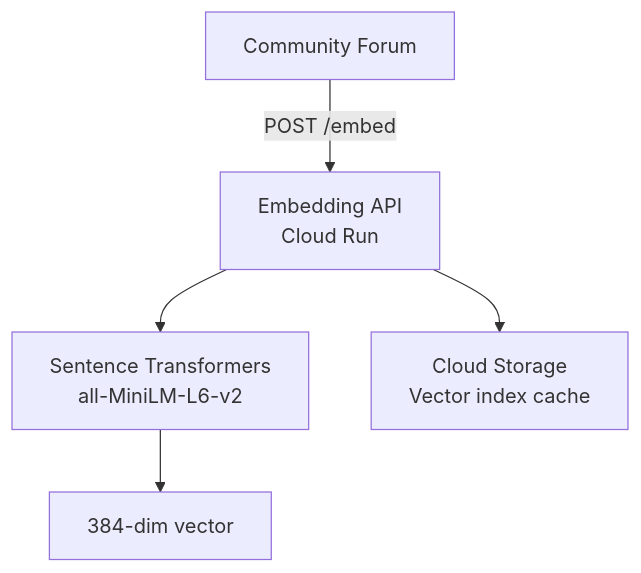
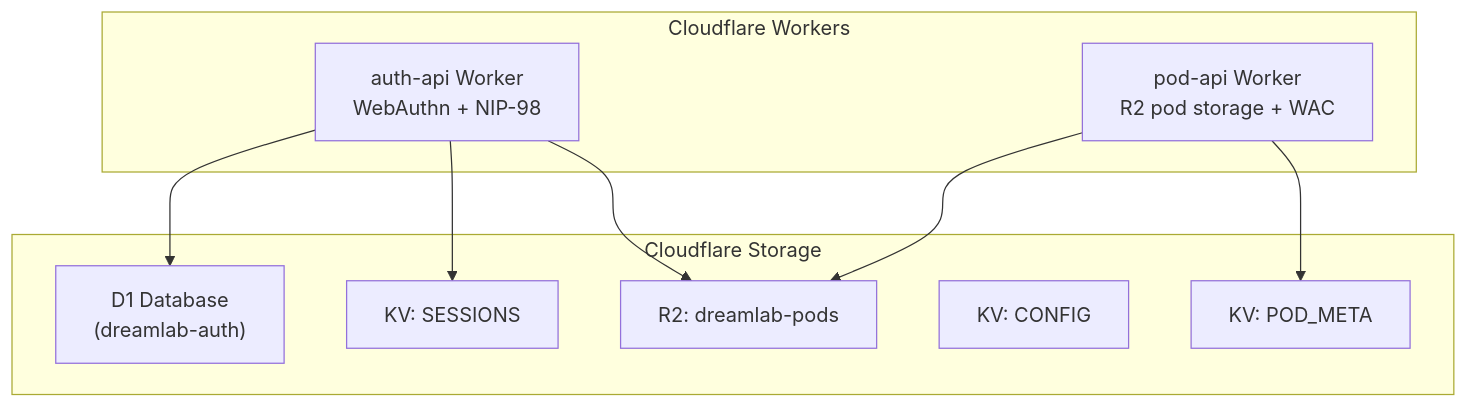
Before and after one commit to DreamLab-AI/dreamlab-ai-website: the second of 3 diagrams in docs/architecture/BACKEND_SERVICES.md, drawn with Mermaid. The commit also changed other lines of this file and 49 other files, not shown here.

````diff
--- a/docs/architecture/BACKEND_SERVICES.md
+++ b/docs/architecture/BACKEND_SERVICES.md
@@ -538,7 +63,21 @@
 ```mermaid
 graph TB
-    Client["Community Forum"] -->|POST /embed| API["Embedding API<br/>Cloud Run"]
-    API --> Model["Sentence Transformers<br/>all-MiniLM-L6-v2"]
-    Model --> Vector["384-dim vector"]
-    API --> Storage["Cloud Storage<br/>Vector index cache"]
+    subgraph CF["Cloudflare Workers"]
+        CFAuth["auth-api Worker<br/>WebAuthn + NIP-98"]
+        CFPod["pod-api Worker<br/>R2 pod storage + WAC"]
+    end
+
+    subgraph CFStorage["Cloudflare Storage"]
+        D1["D1 Database<br/>(dreamlab-auth)"]
+        KV1["KV: SESSIONS"]
+        KV2["KV: POD_META"]
+        KV3["KV: CONFIG"]
+        R2["R2: dreamlab-pods"]
+    end
+
+    CFAuth --> D1
+    CFAuth --> KV1
+    CFAuth --> R2
+    CFPod --> R2
+    CFPod --> KV2
 ```
````
